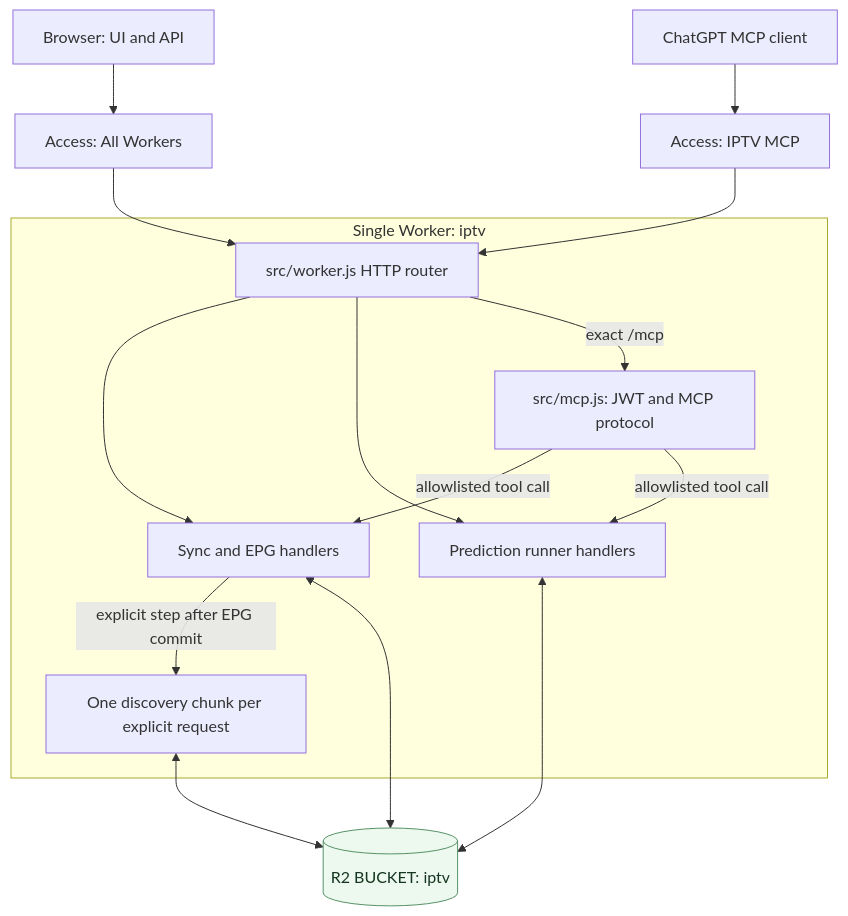
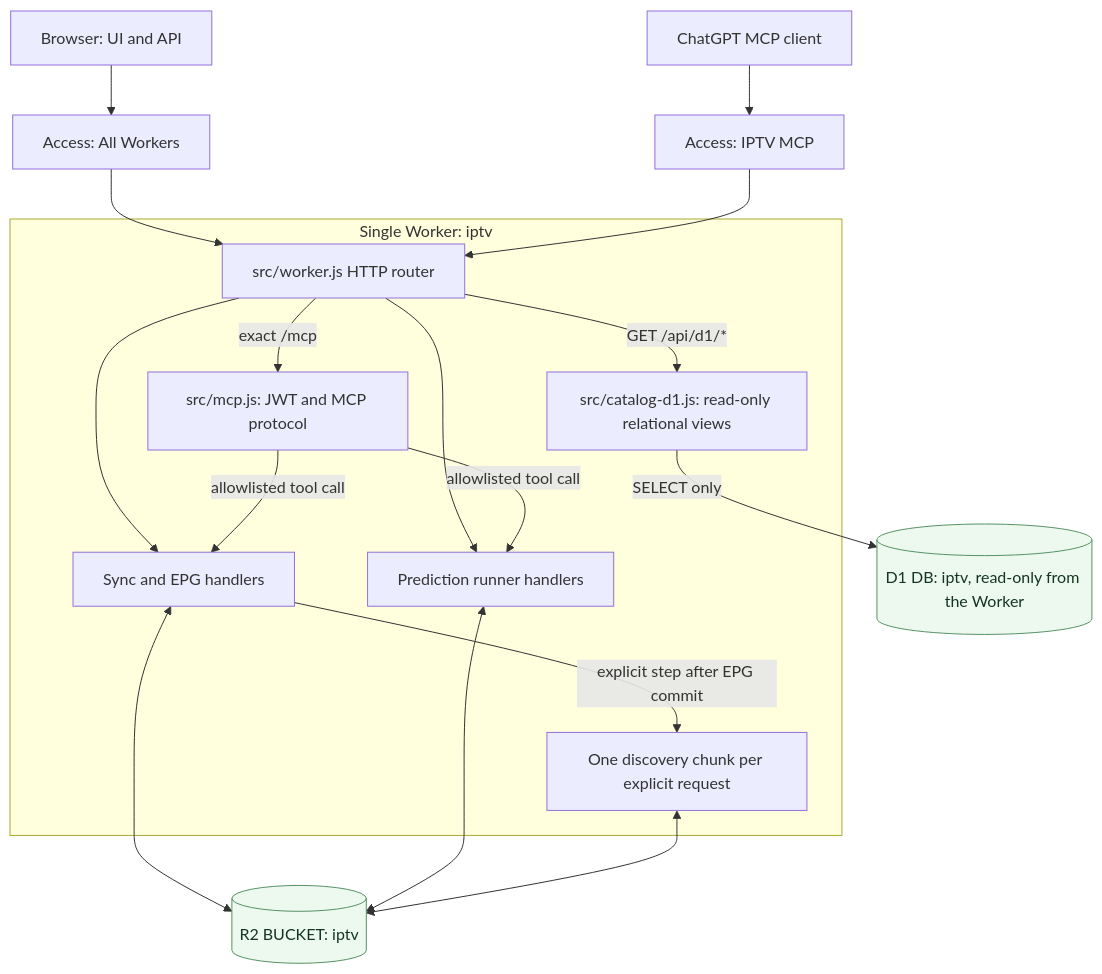
One commit to vladimino/iptv-watchlist changed the diagram in docs/architecture/runtime-topology.md. Above: the diagram before and after it, drawn with Mermaid. The commit also changed other lines of this file and 14 other files, not shown here.

First line of the commit message:
AIR-275 phase 1: bind D1 read-only and add relational catalog views

````diff
--- a/docs/architecture/runtime-topology.md
+++ b/docs/architecture/runtime-topology.md
@@ -5,28 +5,32 @@
 ```mermaid
 flowchart TB
     web["Browser: UI and API"]
     mcpClient["ChatGPT MCP client"]
     webAccess["Access: All Workers"]
     mcpAccess["Access: IPTV MCP"]
     subgraph worker["Single Worker: iptv"]
         route["src/worker.js HTTP router"]
         mcp["src/mcp.js: JWT and MCP protocol"]
         sync["Sync and EPG handlers"]
         prediction["Prediction runner handlers"]
         discovery["One discovery chunk per explicit request"]
+        catalogD1["src/catalog-d1.js: read-only relational views"]
         route --> sync
+        route -->|GET /api/d1/*| catalogD1
         route --> prediction
         route -->|exact /mcp| mcp
         mcp -->|allowlisted tool call| sync
         mcp -->|allowlisted tool call| prediction
         sync -->|explicit step after EPG commit| discovery
     end
     store[("R2 BUCKET: iptv")]
+    d1[("D1 DB: iptv, read-only from the Worker")]
     web --> webAccess --> route
     mcpClient --> mcpAccess --> route
     sync <--> store
     prediction <--> store
     discovery <--> store
+    catalogD1 -->|SELECT only| d1
     classDef current fill:#edf8ef,stroke:#579266,color:#15361e
-    class store current
+    class store,d1 current
 ```
````
